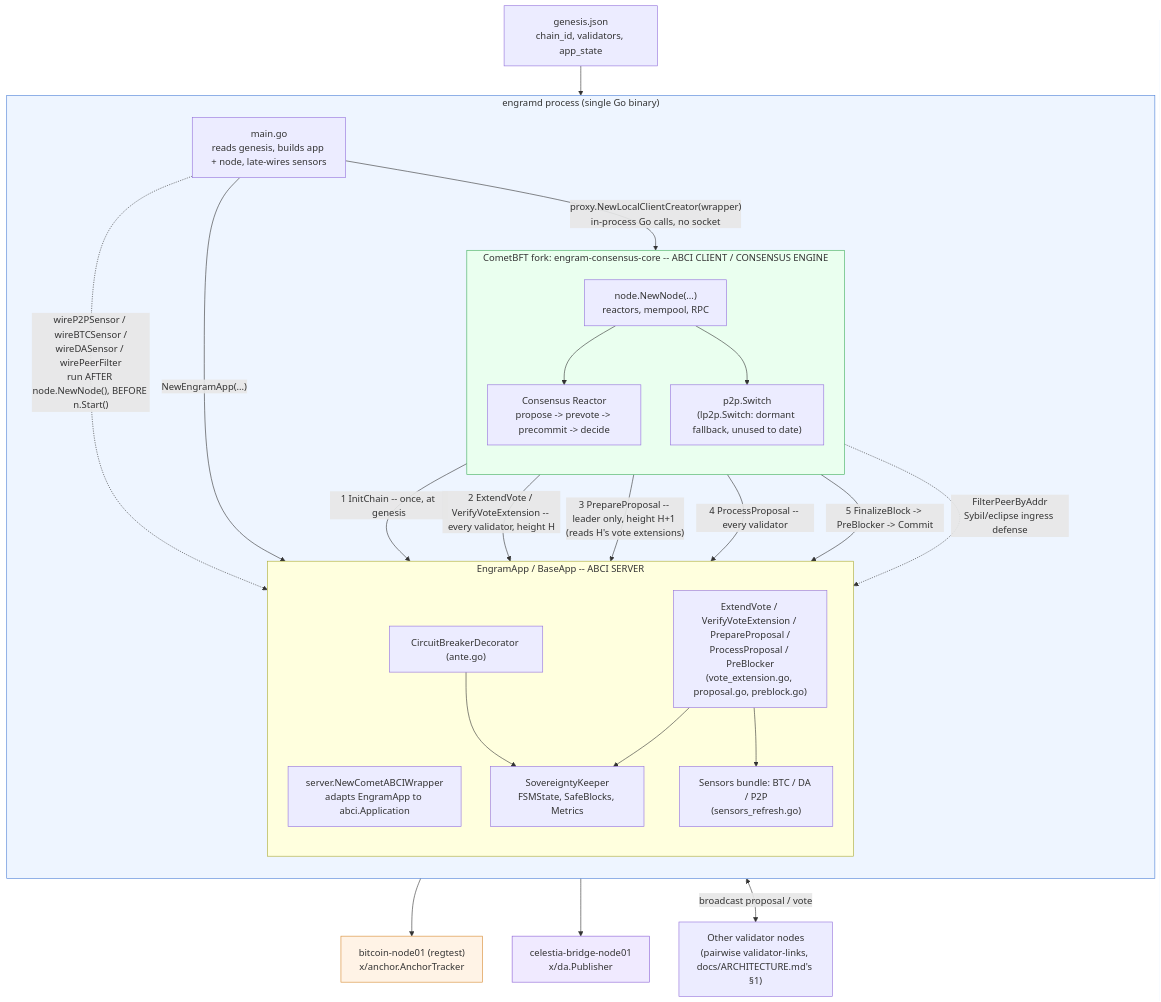
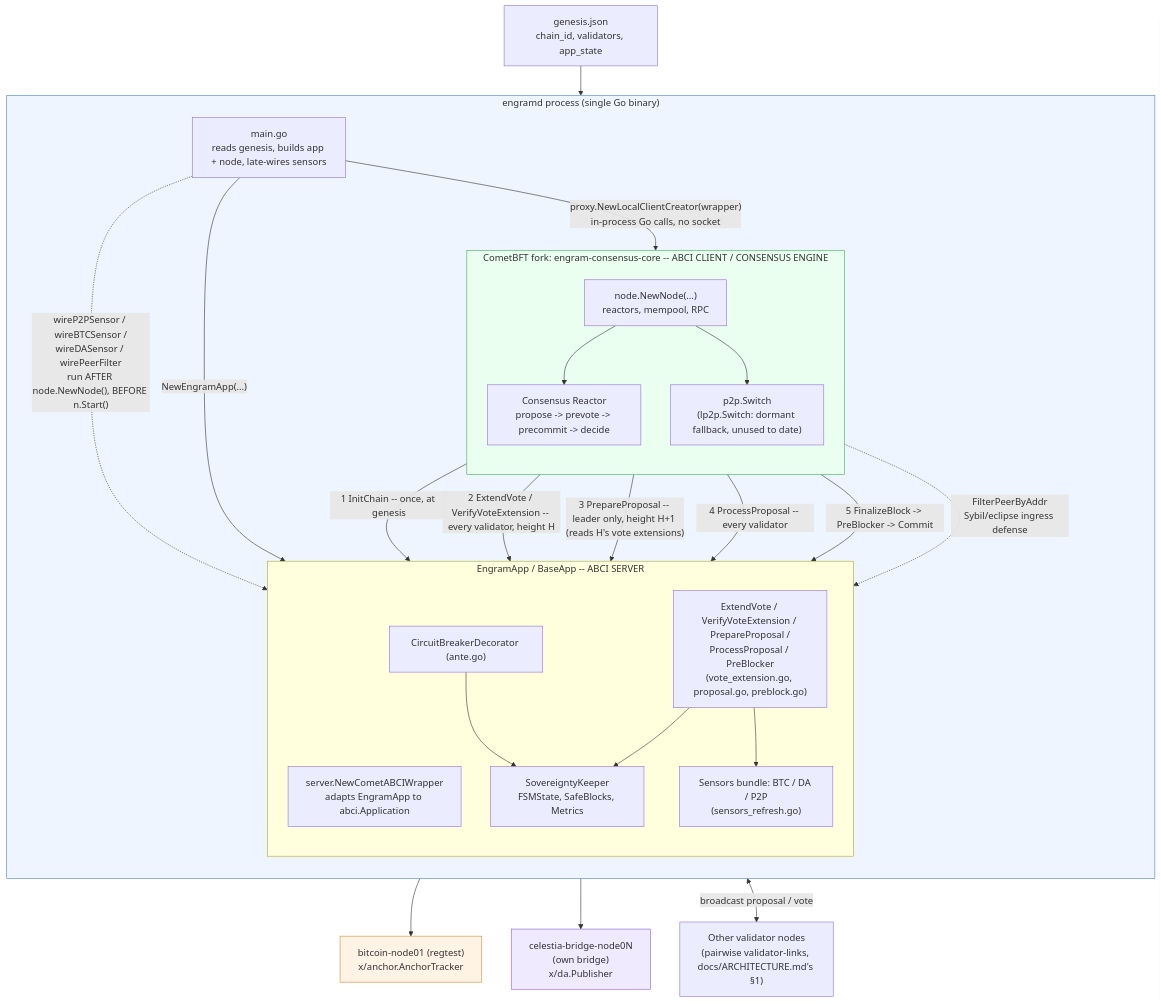
The second of 4 diagrams in docs/DEVELOPMENT.md (cuongct924/engram-sovereign-fsm), drawn with Mermaid before and after one commit. The commit also changed other lines of this file and 2 other files, not shown here.

First line of the commit message:
docs: update topology docs for 7-node scale-out, dedicated per-validator DA bridges

````diff
--- a/docs/DEVELOPMENT.md
+++ b/docs/DEVELOPMENT.md
@@ -432,56 +433,56 @@
 ```mermaid
 flowchart TB
     genfile["genesis.json<br/>chain_id, validators, app_state"]
 
     subgraph PROC["engramd process (single Go binary)"]
         direction TB
         mainfn["main.go<br/>reads genesis, builds app + node, late-wires sensors"]
 
         subgraph APP["EngramApp / BaseApp -- ABCI SERVER"]
             direction TB
             wrapper["server.NewCometABCIWrapper<br/>adapts EngramApp to abci.Application"]
             ante["CircuitBreakerDecorator (ante.go)"]
             hooks["ExtendVote / VerifyVoteExtension / PrepareProposal /<br/>ProcessProposal / PreBlocker<br/>(vote_extension.go, proposal.go, preblock.go)"]
             keeper["SovereigntyKeeper<br/>FSMState, SafeBlocks, Metrics"]
             sensors["Sensors bundle: BTC / DA / P2P<br/>(sensors_refresh.go)"]
         end
 
         subgraph NODE["CometBFT fork: engram-consensus-core -- ABCI CLIENT / CONSENSUS ENGINE"]
             direction TB
             nodenew["node.NewNode(...)<br/>reactors, mempool, RPC"]
             consensus["Consensus Reactor<br/>propose -> prevote -> precommit -> decide"]
             pswitch["p2p.Switch<br/>(lp2p.Switch: dormant fallback, unused to date)"]
         end
     end
 
     peer1["Other validator nodes<br/>(pairwise validator-links, docs/ARCHITECTURE.md's §1)"]
     btc["bitcoin-node01 (regtest)<br/>x/anchor.AnchorTracker"]
-    celestia["celestia-bridge-node01<br/>x/da.Publisher"]
+    celestia["celestia-bridge-node0N<br/>(own bridge)<br/>x/da.Publisher"]
 
     genfile --> mainfn
     mainfn -->|"NewEngramApp(...)"| APP
     mainfn -->|"proxy.NewLocalClientCreator(wrapper)<br/>in-process Go calls, no socket"| nodenew
     nodenew --> consensus
     nodenew --> pswitch
     mainfn -.->|"wireP2PSensor / wireBTCSensor /<br/>wireDASensor / wirePeerFilter<br/>run AFTER node.NewNode(), BEFORE n.Start()"| sensors
 
     consensus -->|"1 InitChain -- once, at genesis"| hooks
     consensus -->|"2 ExtendVote / VerifyVoteExtension -- every validator, height H"| hooks
     consensus -->|"3 PrepareProposal -- leader only, height H+1 (reads H's vote extensions)"| hooks
     consensus -->|"4 ProcessProposal -- every validator"| hooks
     consensus -->|"5 FinalizeBlock -> PreBlocker -> Commit"| hooks
 
     hooks --> keeper
     hooks --> sensors
     ante --> keeper
     sensors --> btc
     sensors --> celestia
 
     pswitch <-->|"broadcast proposal / vote"| peer1
     pswitch -.->|"FilterPeerByAddr<br/>Sybil/eclipse ingress defense"| keeper
 
     style PROC fill:#eef5ff,stroke:#4a7fd6
     style NODE fill:#eaffef,stroke:#3fae5c
     style btc fill:#fff3e6,stroke:#d68a30
     style celestia fill:#f0eaff,stroke:#8a5fd6
 ```
````
